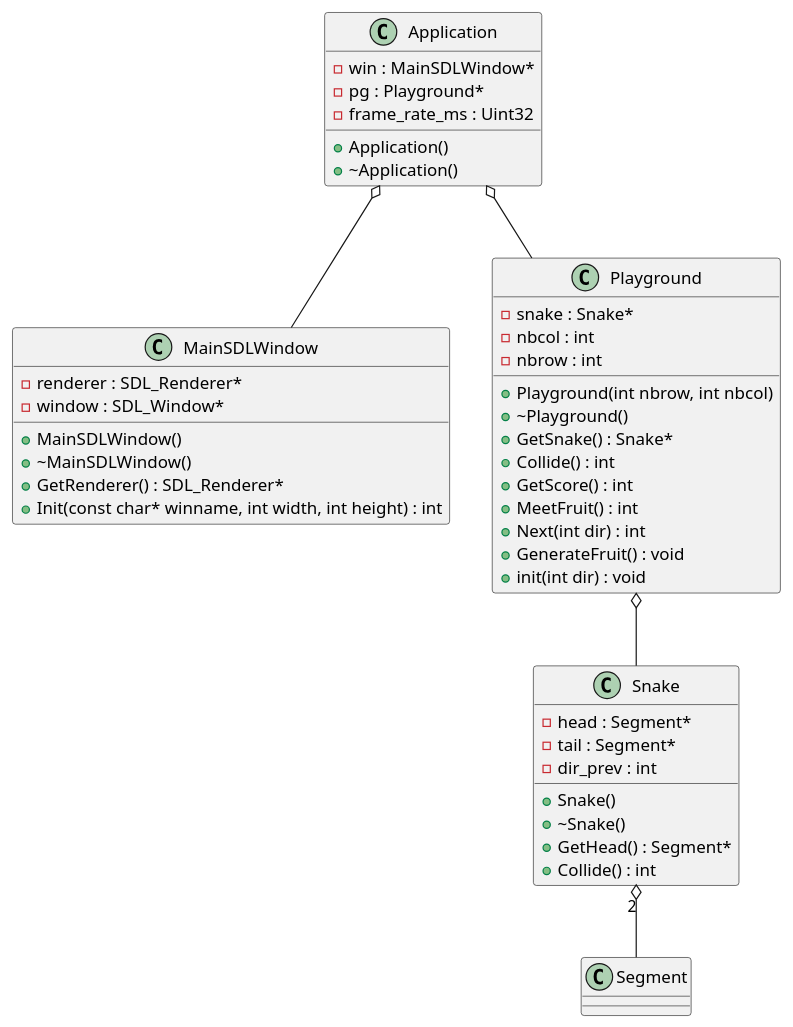
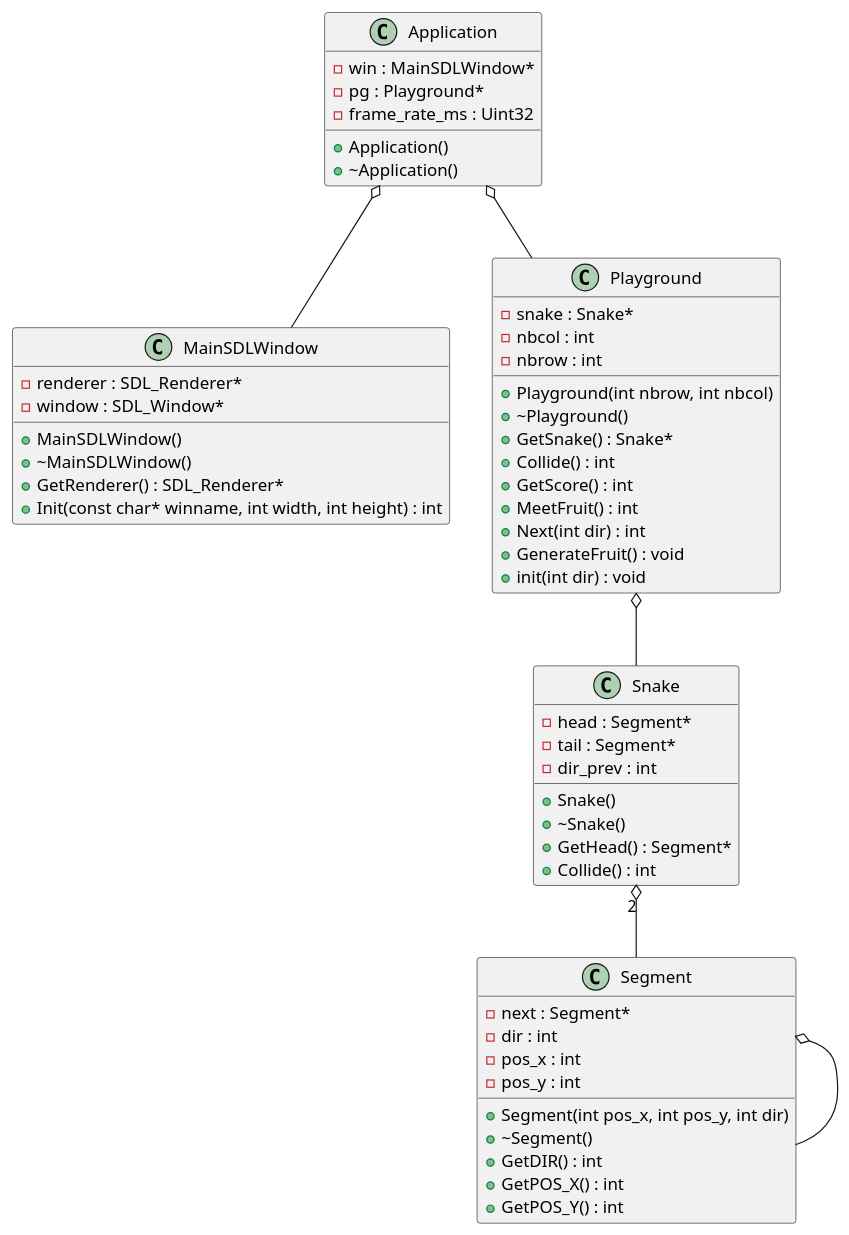
Before and after one commit to bielskialeksi/gtech1-b06-snake: the diagram in uml/classes_jeremy.puml, drawn with PlantUML. The commit also changed 15 other files, not shown here.

```diff
--- a/uml/classes_jeremy.puml
+++ b/uml/classes_jeremy.puml
@@ -1,89 +1,101 @@
 @startuml
 
 
 
 
 
 /' Objects '/
 
 class Application {
 	+Application()
 	+~Application()
 	-win : MainSDLWindow*
 	-pg : Playground*
 	-frame_rate_ms : Uint32
 }
 
 
 class MainSDLWindow {
 	+MainSDLWindow()
 	+~MainSDLWindow()
 	+GetRenderer() : SDL_Renderer*
 	-renderer : SDL_Renderer*
 	-window : SDL_Window*
 	+Init(const char* winname, int width, int height) : int
 }
 
 
 class Playground {
 	+Playground(int nbrow, int nbcol)
 	+~Playground()
 	+GetSnake() : Snake*
 	-snake : Snake*
 	+Collide() : int
 	+GetScore() : int
 	+MeetFruit() : int
 	+Next(int dir) : int
 	-nbcol : int
 	-nbrow : int
 	+GenerateFruit() : void
 	+init(int dir) : void
 }
 
 
 class Segment {
+	+Segment(int pos_x, int pos_y, int dir)
+	+~Segment()
+	-next : Segment*
+	+GetDIR() : int
+	+GetPOS_X() : int
+	+GetPOS_Y() : int
+	-dir : int
+	-pos_x : int
+	-pos_y : int
 }
 
 
 class Snake {
 	+Snake()
 	+~Snake()
 	+GetHead() : Segment*
 	-head : Segment*
 	-tail : Segment*
 	+Collide() : int
 	-dir_prev : int
 }
 
 
 
 
 
 /' Inheritance relationships '/
 
 
 
 
 /' Aggregation relationships '/
 
 .Application o-- .MainSDLWindow
 
 
 .Application o-- .Playground
 
 
 .Playground o-- .Snake
 
 
+.Segment o-- .Segment
+
+
 .Snake "2" o-- .Segment
 
 
 
 
 
 
 /' Nested objects '/
 
 
 
 @enduml
```
